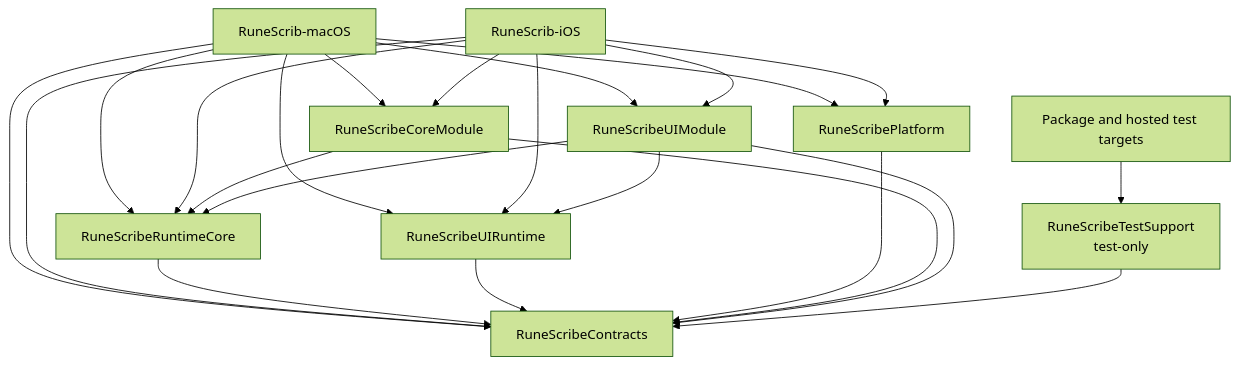
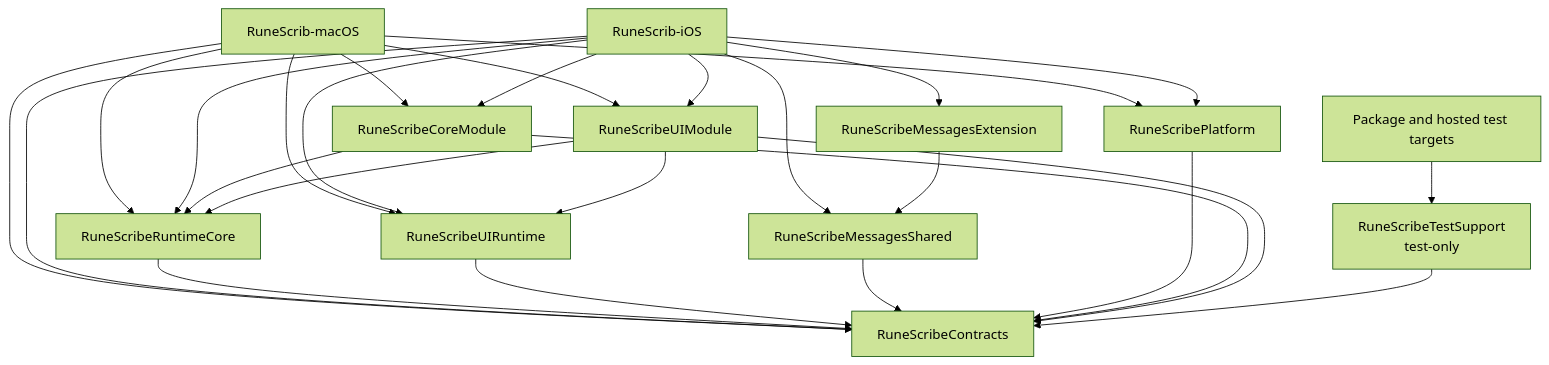
One commit to flynn33/rune-scribe changed the first of 3 diagrams in docs/architecture/ModuleGraph.md. Above: the diagram before and after it, drawn with Mermaid (forest theme). The commit also changed other lines of this file and 57 other files, not shown here.

````diff
--- a/docs/architecture/ModuleGraph.md
+++ b/docs/architecture/ModuleGraph.md
@@ -22,38 +22,44 @@
 ```mermaid
 flowchart TD
     MacHost["RuneScrib-macOS"]
     IOSHost["RuneScrib-iOS"]
+    MessagesExtension["RuneScribeMessagesExtension"]
     Contracts["RuneScribeContracts"]
     Runtime["RuneScribeRuntimeCore"]
+    MessagesShared["RuneScribeMessagesShared"]
     UIRuntime["RuneScribeUIRuntime"]
     Platform["RuneScribePlatform"]
     Core["RuneScribeCoreModule"]
     UI["RuneScribeUIModule"]
     TestSupport["RuneScribeTestSupport<br/>test-only"]
     Tests["Package and hosted test targets"]
 
     MacHost --> Contracts
     MacHost --> Runtime
     MacHost --> UIRuntime
     MacHost --> Platform
     MacHost --> Core
     MacHost --> UI
 
     IOSHost --> Contracts
     IOSHost --> Runtime
+    IOSHost --> MessagesShared
     IOSHost --> UIRuntime
     IOSHost --> Platform
     IOSHost --> Core
     IOSHost --> UI
+    IOSHost --> MessagesExtension
+    MessagesExtension --> MessagesShared
 
     Runtime --> Contracts
     UIRuntime --> Contracts
+    MessagesShared --> Contracts
     Platform --> Contracts
     Core --> Contracts
     Core --> Runtime
     UI --> Contracts
     UI --> Runtime
     UI --> UIRuntime
     TestSupport --> Contracts
     Tests --> TestSupport
 ```
````
